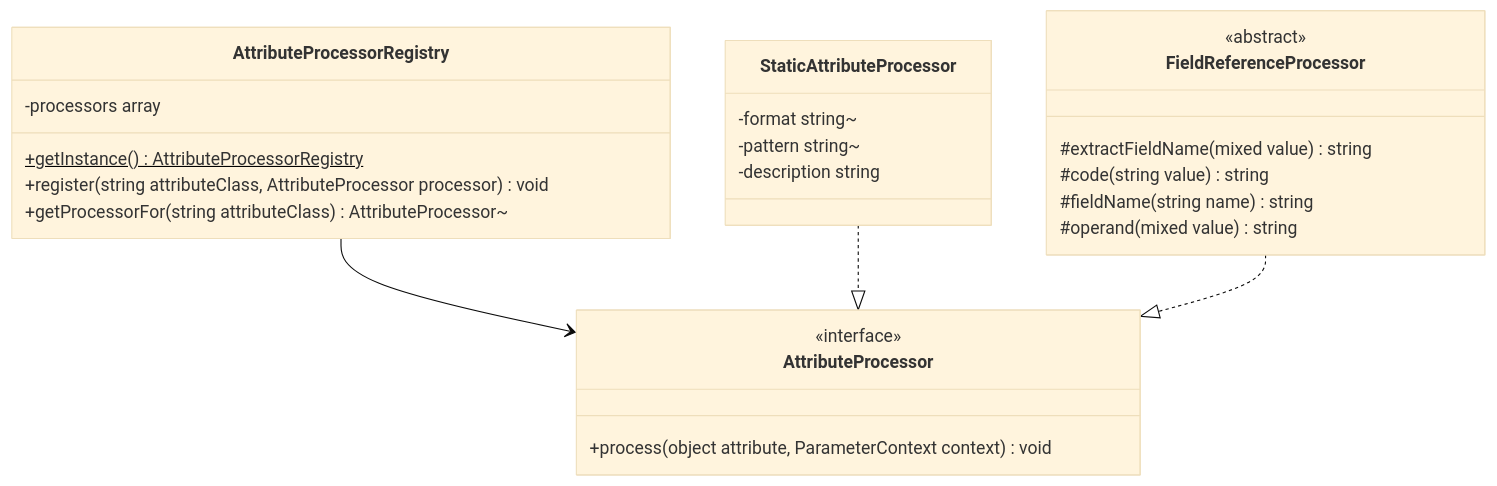
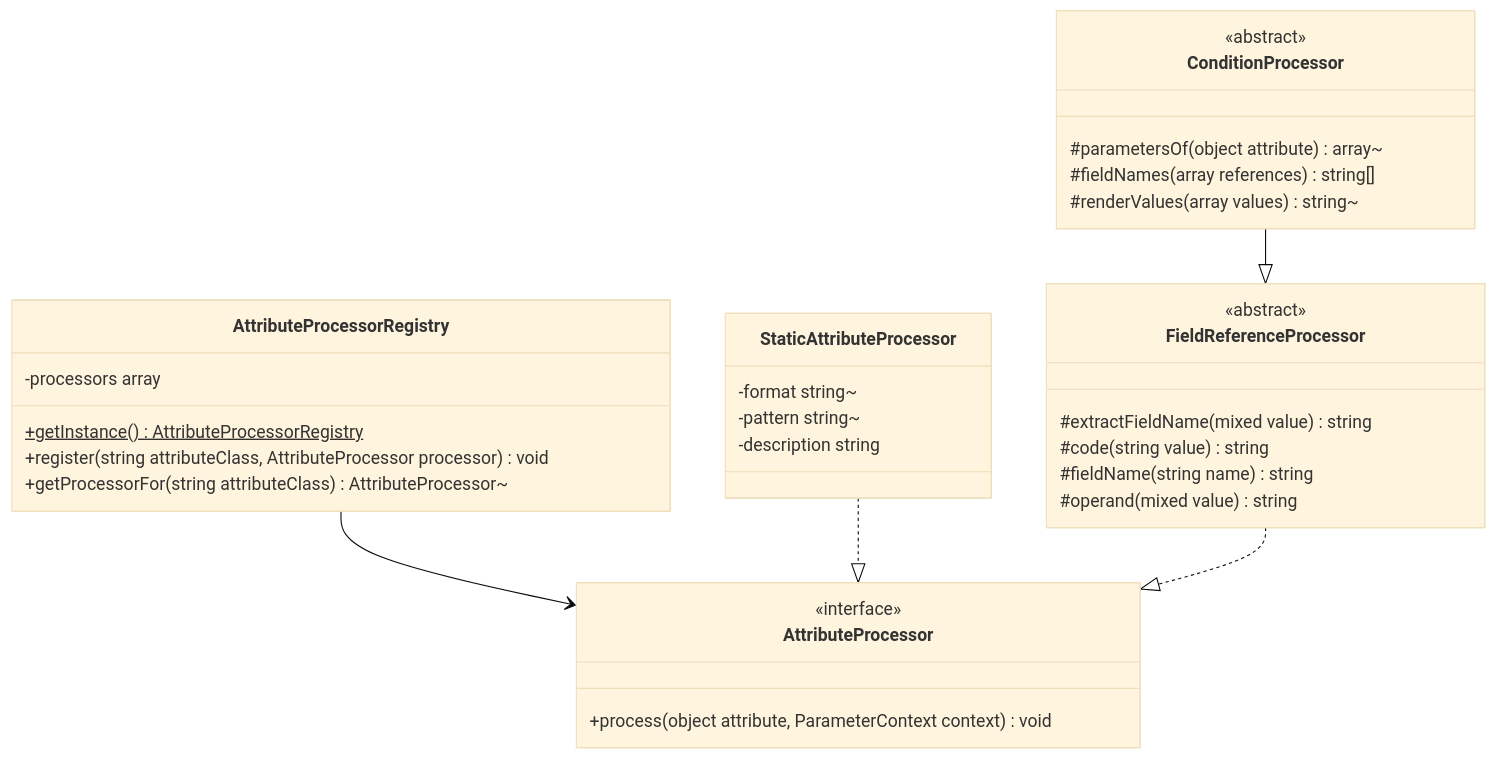
One commit to abrhadev/laravel-data-docs changed the diagram in spdd/prompt/LDD-202609251859-[Canvas]-service-attribute-processing-framework.md. Above: the diagram before and after it, drawn with Mermaid (base theme). The commit also changed other lines of this file and 44 other files, not shown here.

````diff
--- a/spdd/prompt/LDD-202609251859-[Canvas]-service-attribute-processing-framework.md
+++ b/spdd/prompt/LDD-202609251859-[Canvas]-service-attribute-processing-framework.md
@@ -20,32 +21,40 @@
 ```mermaid
 classDiagram
     class AttributeProcessor {
         <<interface>>
         +process(object attribute, ParameterContext context) void
     }
 
     class AttributeProcessorRegistry {
         -processors array
         +getInstance() AttributeProcessorRegistry$
         +register(string attributeClass, AttributeProcessor processor) void
         +getProcessorFor(string attributeClass) AttributeProcessor~
     }
 
     class StaticAttributeProcessor {
         -format string~
         -pattern string~
         -description string
     }
 
     class FieldReferenceProcessor {
         <<abstract>>
         #extractFieldName(mixed value) string
         #code(string value) string
         #fieldName(string name) string
         #operand(mixed value) string
     }
 
+    class ConditionProcessor {
+        <<abstract>>
+        #parametersOf(object attribute) array~
+        #fieldNames(array references) string[]
+        #renderValues(array values) string~
+    }
+
     AttributeProcessorRegistry --> AttributeProcessor
     StaticAttributeProcessor ..|> AttributeProcessor
     FieldReferenceProcessor ..|> AttributeProcessor
+    ConditionProcessor --|> FieldReferenceProcessor
 ```
````
